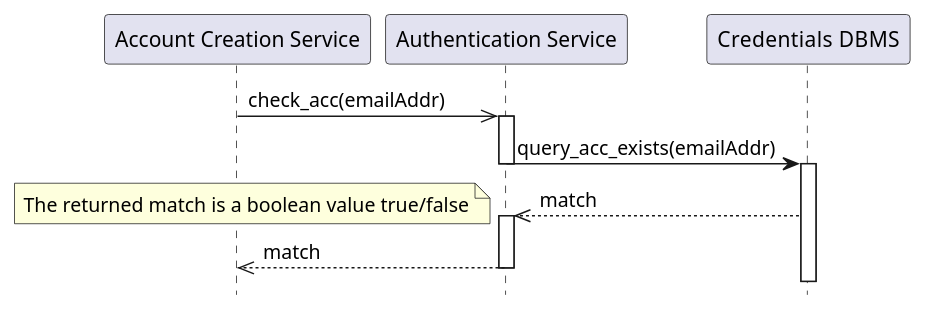
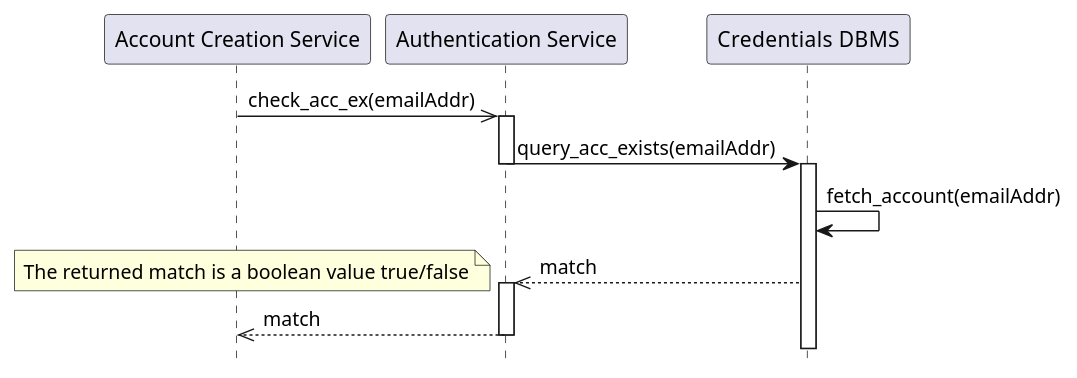
One commit to Guflie/PoliMi-SWE2-RDD-project changed the diagram in diagrams/DD/sequenceDiagram/sd1.1_check_account_exists.puml. Above: the diagram before and after it, drawn with PlantUML. The commit also changed 17 other files, not shown here.

```diff
--- a/diagrams/DD/sequenceDiagram/sd1.1_check_account_exists.puml
+++ b/diagrams/DD/sequenceDiagram/sd1.1_check_account_exists.puml
@@ -1,22 +1,23 @@
 @startuml sd1-1_check_account_exists
 hide footbox
 
 participant "Account Creation Service" as acs
 participant "Authentication Service" as auth
 participant "Credentials  DBMS" as dbc
 
-acs ->> auth : check_acc(emailAddr)
+acs ->> auth : check_acc_ex(emailAddr)
 deactivate acs
 activate auth
 auth -> dbc : query_acc_exists(emailAddr)
 deactivate auth
 activate dbc
+dbc -> dbc : fetch_account(emailAddr)
 dbc -->> auth : match
 note left
 The returned match is a boolean value true/false
 end note
 activate auth
 auth -->> acs : match
 deactivate auth
 
 @enduml
```
